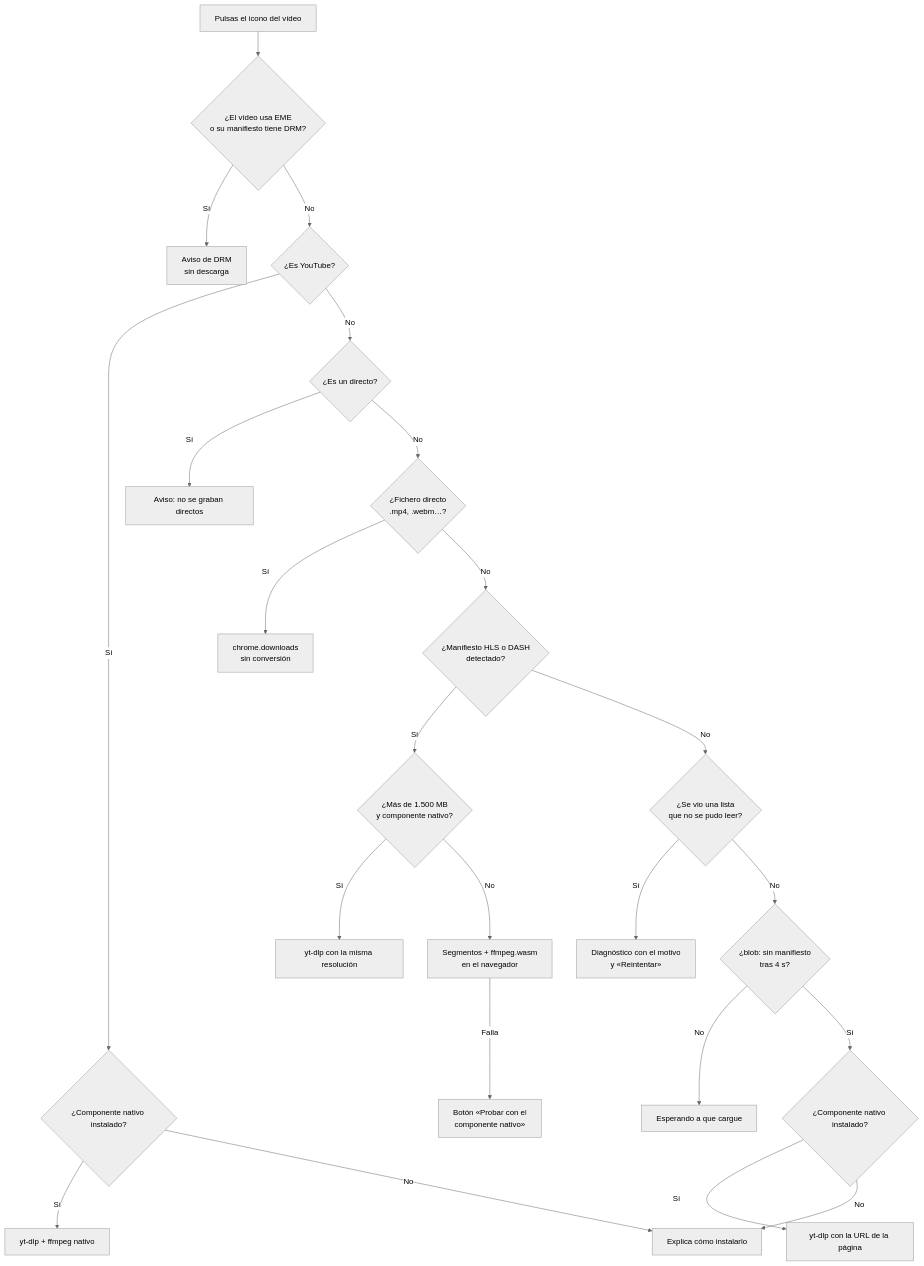
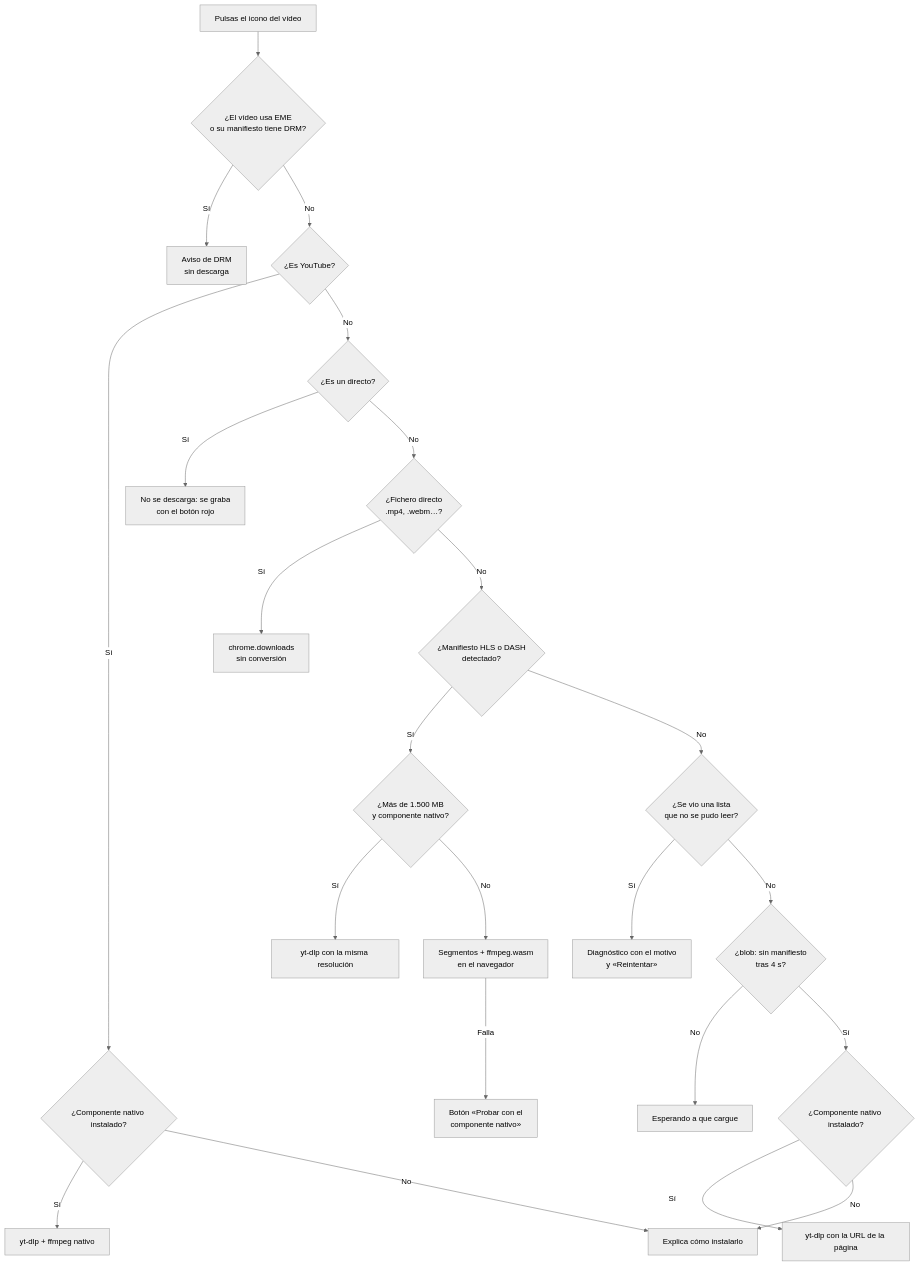
Before and after one commit to marianogi/video-down: the diagram in README.md, drawn with Mermaid (neutral theme). The commit also changed other lines of this file and 34 other files, not shown here.

````diff
--- a/README.md
+++ b/README.md
@@ -279,25 +351,25 @@
 ```mermaid
 flowchart TD
     A[Pulsas el icono del vídeo] --> B{¿El vídeo usa EME<br/>o su manifiesto tiene DRM?}
     B -- Sí --> DRM[Aviso de DRM<br/>sin descarga]
     B -- No --> C{¿Es YouTube?}
     C -- Sí --> N1{¿Componente nativo instalado?}
     N1 -- Sí --> YT[yt-dlp + ffmpeg nativo]
     N1 -- No --> NEED[Explica cómo instalarlo]
     C -- No --> D{¿Es un directo?}
-    D -- Sí --> LIVE[Aviso: no se graban directos]
+    D -- Sí --> LIVE[No se descarga: se graba<br/>con el botón rojo]
     D -- No --> E{¿Fichero directo<br/>.mp4, .webm…?}
     E -- Sí --> DIRECT[chrome.downloads<br/>sin conversión]
     E -- No --> F{¿Manifiesto HLS o DASH<br/>detectado?}
     F -- Sí --> G{¿Más de 1.500 MB<br/>y componente nativo?}
     G -- Sí --> YT2[yt-dlp con la misma resolución]
     G -- No --> WASM[Segmentos + ffmpeg.wasm<br/>en el navegador]
     WASM -- Falla --> RETRY[Botón «Probar con el<br/>componente nativo»]
     F -- No --> X{¿Se vio una lista<br/>que no se pudo leer?}
     X -- Sí --> DIAG[Diagnóstico con el motivo<br/>y «Reintentar»]
     X -- No --> H{¿blob: sin manifiesto<br/>tras 4 s?}
     H -- No --> WAIT[Esperando a que cargue]
     H -- Sí --> N2{¿Componente nativo instalado?}
     N2 -- Sí --> GEN[yt-dlp con la URL de la página]
     N2 -- No --> NEED
 ```
````
